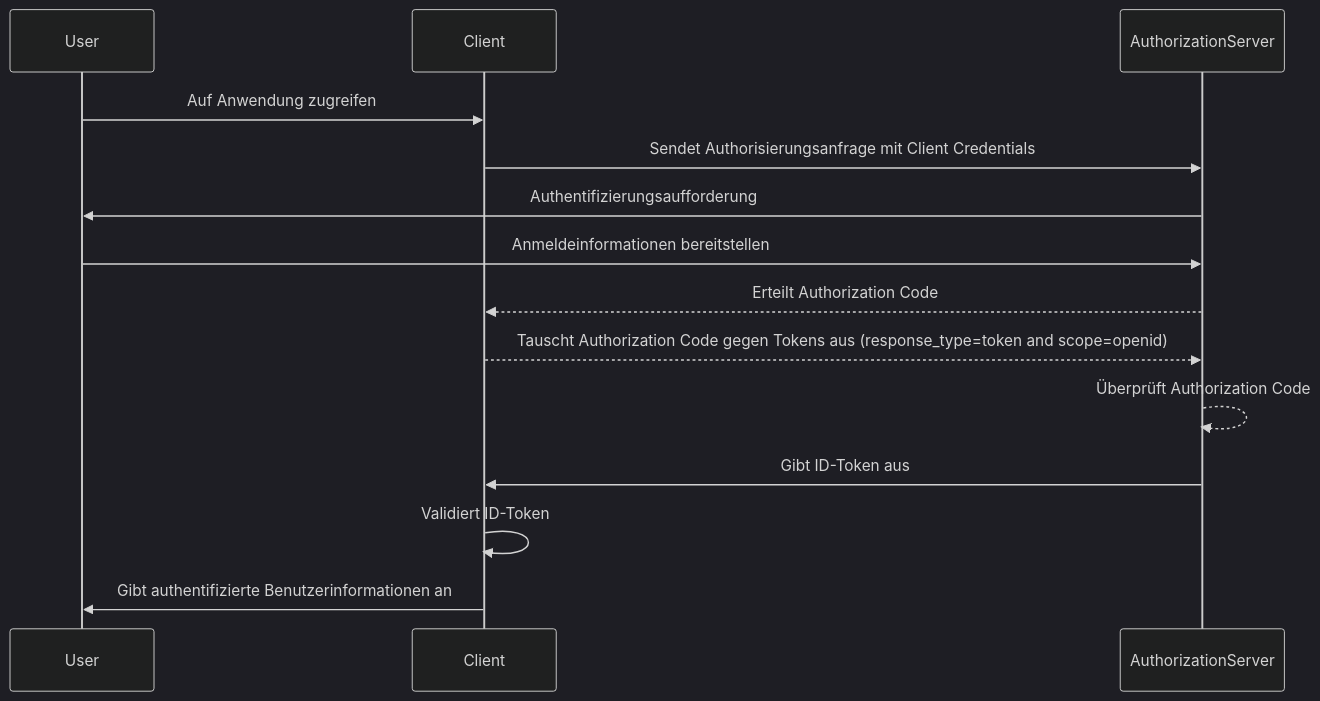
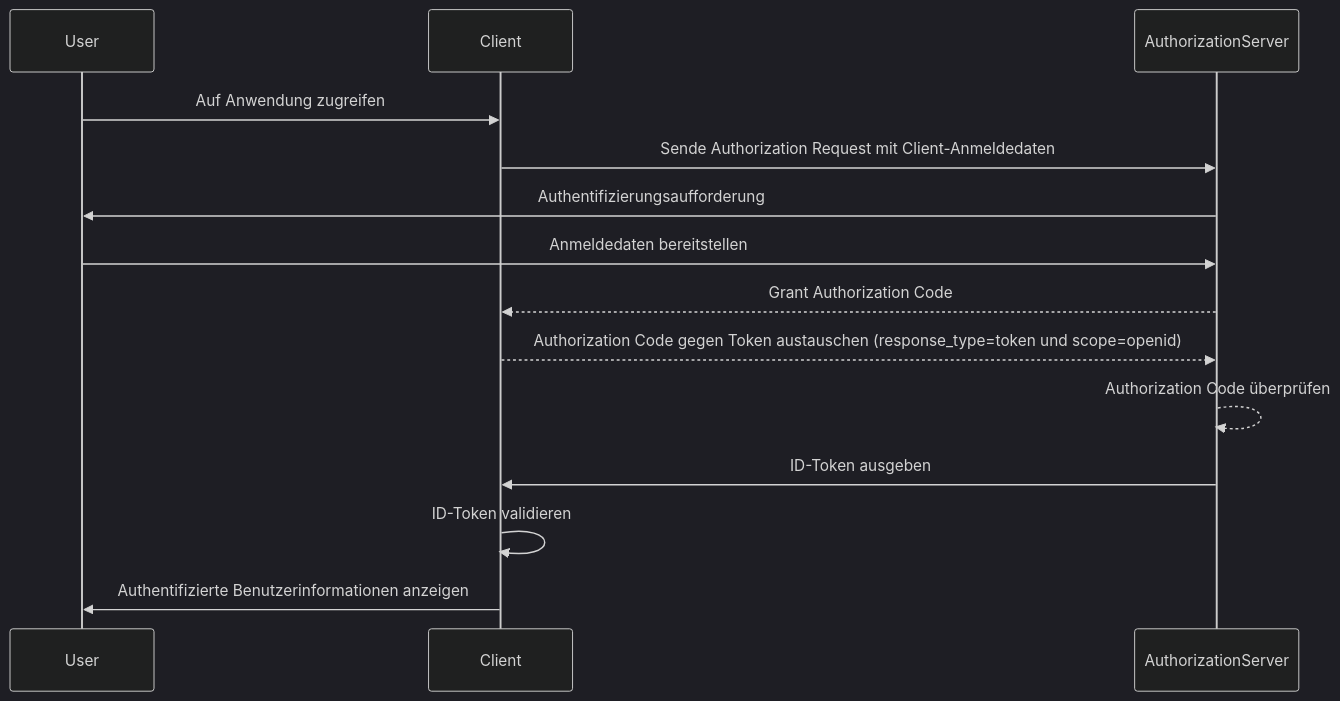
One commit to logto-io/auth-wiki changed the diagram in src/content/terms/de/id-token.mdx. Above: the diagram before and after it, drawn with Mermaid (dark theme). The commit also changed other lines of this file and 48 other files, not shown here.

````diff
--- a/src/content/terms/de/id-token.mdx
+++ b/src/content/terms/de/id-token.mdx
@@ -19,17 +19,17 @@
 ```mermaid
 sequenceDiagram
     participant User
     participant Client
     participant AuthorizationServer
 
     User->>Client: Auf Anwendung zugreifen
-    Client->>AuthorizationServer: Sendet Authorisierungsanfrage mit Client Credentials
+    Client->>AuthorizationServer: Sende Authorization Request mit Client-Anmeldedaten
     AuthorizationServer->>User: Authentifizierungsaufforderung
-    User->>AuthorizationServer: Anmeldeinformationen bereitstellen
-    AuthorizationServer-->>Client: Erteilt Authorization Code
-    Client-->>AuthorizationServer: Tauscht Authorization Code gegen Tokens aus (response_type=token and scope=openid)
-    AuthorizationServer-->>AuthorizationServer: Überprüft Authorization Code
-    AuthorizationServer->>Client: Gibt ID-Token aus
-    Client->>Client: Validiert ID-Token
-    Client->>User: Gibt authentifizierte Benutzerinformationen an
+    User->>AuthorizationServer: Anmeldedaten bereitstellen
+    AuthorizationServer-->>Client: Grant Authorization Code
+    Client-->>AuthorizationServer: Authorization Code gegen Token austauschen (response_type=token und scope=openid)
+    AuthorizationServer-->>AuthorizationServer: Authorization Code überprüfen
+    AuthorizationServer->>Client: ID-Token ausgeben
+    Client->>Client: ID-Token validieren
+    Client->>User: Authentifizierte Benutzerinformationen anzeigen
 ```
````
